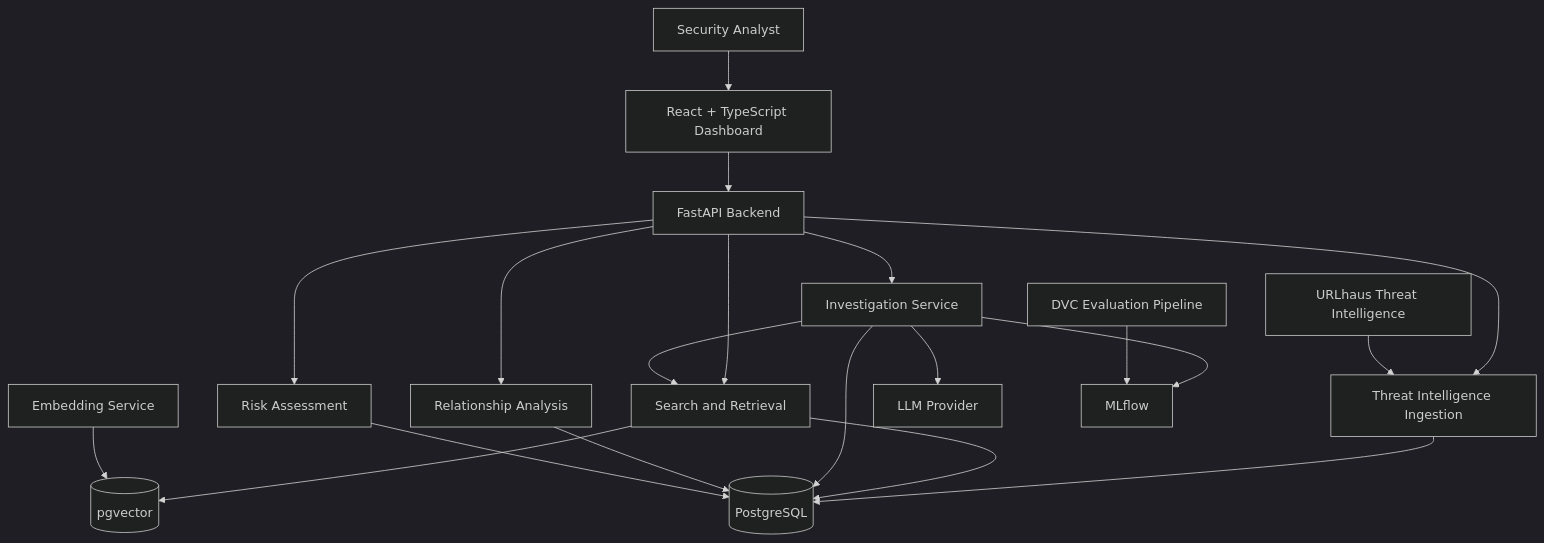
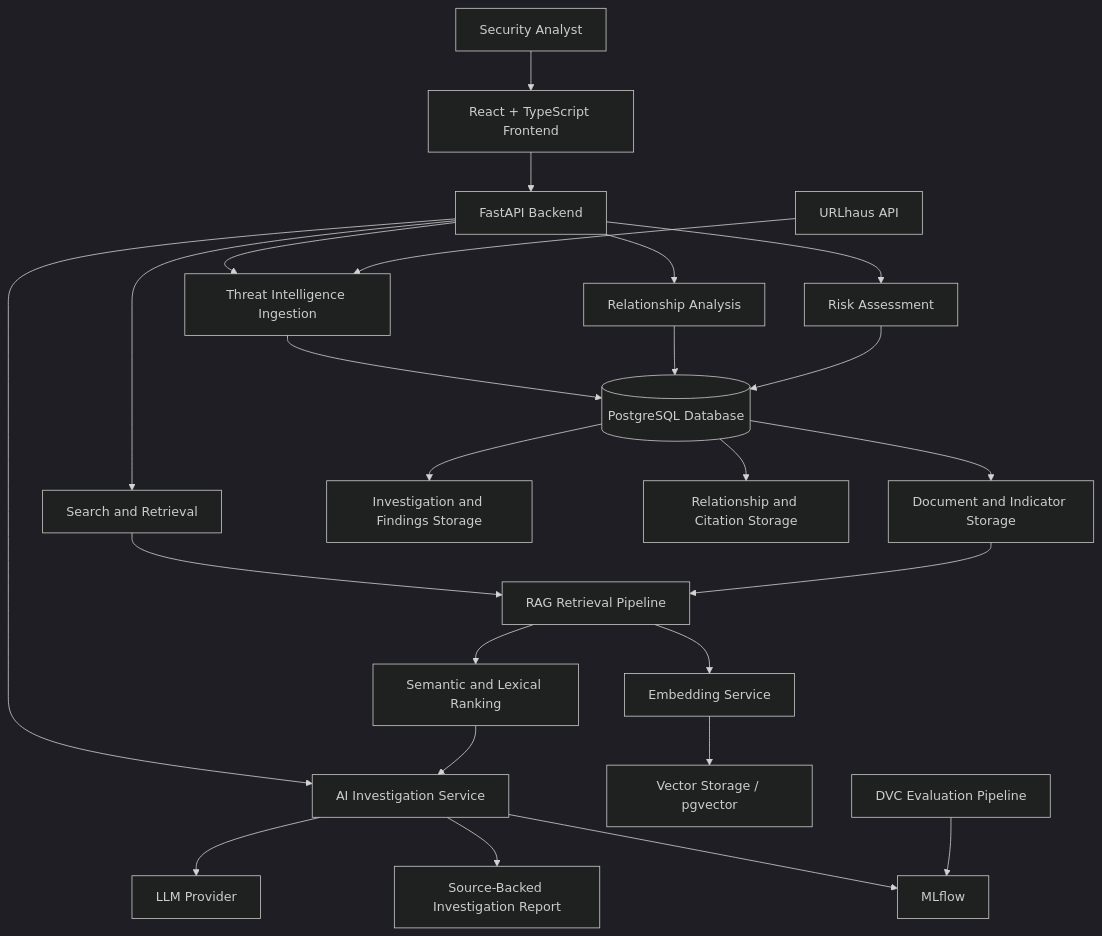
Before and after one commit to farhannaeem00/cyphernex-threat-intelligence: the diagram in README.md, drawn with Mermaid (dark theme). The commit also changed other lines of this file, not shown here.

Commit message:
Fix system architecture diagram in README

````diff
--- a/README.md
+++ b/README.md
@@ -85,46 +87,35 @@
 ```mermaid
-flowchart TB
-    U[Security Analyst]
-    FE[React + TypeScript Dashboard]
-    API[FastAPI Backend]
+flowchart TD
+    A["Security Analyst"] --> B["React + TypeScript Frontend"]
+    B --> C["FastAPI Backend"]
 
-    ING[Threat Intelligence Ingestion]
-    SEARCH[Search and Retrieval]
-    INV[Investigation Service]
-    GRAPH[Relationship Analysis]
-    RISK[Risk Assessment]
+    C --> D["Threat Intelligence Ingestion"]
+    C --> E["Search and Retrieval"]
+    C --> F["AI Investigation Service"]
+    C --> G["Relationship Analysis"]
+    C --> H["Risk Assessment"]
 
-    DB[(PostgreSQL)]
-    VEC[(pgvector)]
-    EMB[Embedding Service]
-    LLM[LLM Provider]
-    ML[MLflow]
-    DVC[DVC Evaluation Pipeline]
-    URL[URLhaus Threat Intelligence]
+    I["URLhaus API"] --> D
+    D --> J[("PostgreSQL Database")]
 
-    U --> FE
-    FE --> API
+    J --> K["Document and Indicator Storage"]
+    J --> L["Investigation and Findings Storage"]
+    J --> M["Relationship and Citation Storage"]
 
-    API --> ING
-    API --> SEARCH
-    API --> INV
-    API --> GRAPH
-    API --> RISK
+    E --> N["RAG Retrieval Pipeline"]
+    K --> N
+    N --> O["Embedding Service"]
+    N --> P["Semantic and Lexical Ranking"]
 
-    URL --> ING
-    ING --> DB
+    O --> Q["Vector Storage / pgvector"]
+    P --> F
 
-    SEARCH --> DB
-    SEARCH --> VEC
-    EMB --> VEC
+    F --> R["LLM Provider"]
+    F --> S["Source-Backed Investigation Report"]
 
-    INV --> SEARCH
-    INV --> LLM
-    INV --> DB
+    G --> J
+    H --> J
 
-    GRAPH --> DB
-    RISK --> DB
-
-    INV --> ML
-    DVC --> ML
+    F --> T["MLflow"]
+    U["DVC Evaluation Pipeline"] --> T
 ```
````
